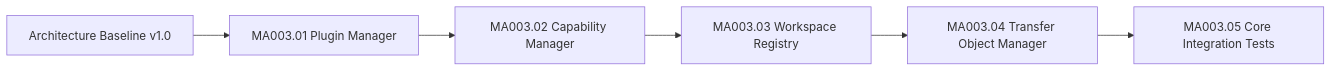
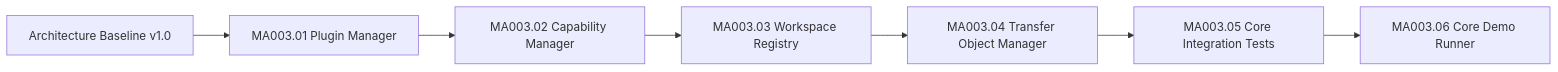
The diagram in Docs/Development/MA003_Progress.md (rk-engineeringAToutlook-de/RKWorkspace), drawn with Mermaid before and after one commit. The commit also changed other lines of this file and 6 other files, not shown here.

Commit message:
feat(core): add core demo runner

````diff
--- a/Docs/Development/MA003_Progress.md
+++ b/Docs/Development/MA003_Progress.md
@@ -14,8 +14,9 @@
 ```mermaid
 flowchart LR
     Baseline["Architecture Baseline v1.0"] --> MA00301["MA003.01 Plugin Manager"]
     MA00301 --> MA00302["MA003.02 Capability Manager"]
     MA00302 --> MA00303["MA003.03 Workspace Registry"]
     MA00303 --> MA00304["MA003.04 Transfer Object Manager"]
     MA00304 --> MA00305["MA003.05 Core Integration Tests"]
+    MA00305 --> MA00306["MA003.06 Core Demo Runner"]
 ```
````
